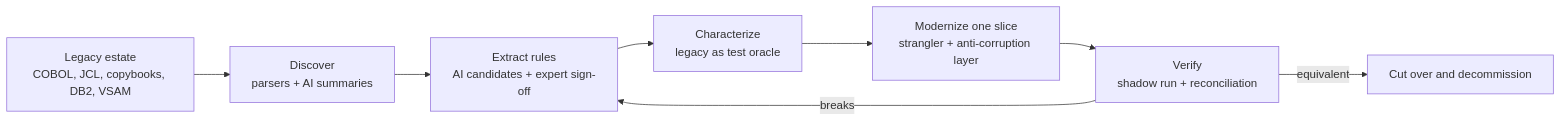
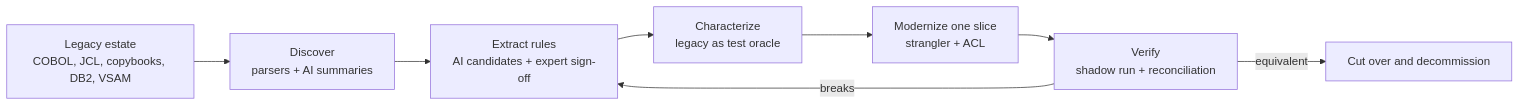
One commit to wallaceespindola/banking-modernization-with-ai changed the diagram in README.md. Above: the diagram before and after it, drawn with Mermaid. The commit also changed other lines of this file and 3 other files, not shown here.

````diff
--- a/README.md
+++ b/README.md
@@ -47,10 +56,10 @@
 ```mermaid
 flowchart LR
-    L[Legacy estate<br/>COBOL, JCL, copybooks, DB2, VSAM] --> D[Discover<br/>parsers + AI summaries]
-    D --> R[Extract rules<br/>AI candidates + expert sign-off]
-    R --> T[Characterize<br/>legacy as test oracle]
-    T --> M[Modernize one slice<br/>strangler + anti-corruption layer]
-    M --> V[Verify<br/>shadow run + reconciliation]
+    L["Legacy estate<br/>COBOL, JCL, copybooks, DB2, VSAM"] --> D["Discover<br/>parsers + AI summaries"]
+    D --> R["Extract rules<br/>AI candidates + expert sign-off"]
+    R --> T["Characterize<br/>legacy as test oracle"]
+    T --> M["Modernize one slice<br/>strangler + ACL"]
+    M --> V["Verify<br/>shadow run + reconciliation"]
     V -->|equivalent| C[Cut over and decommission]
     V -->|breaks| R
 ```
````
